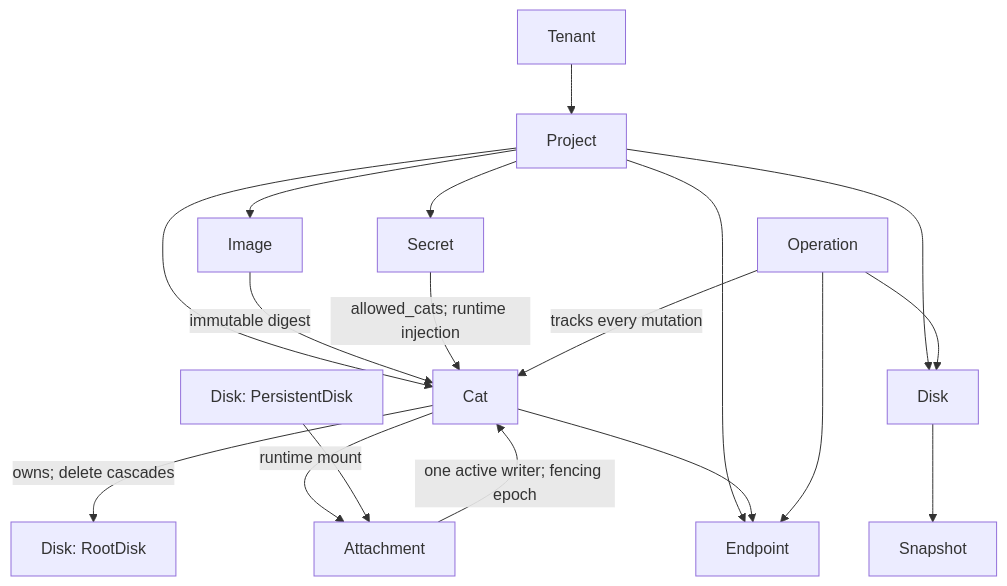
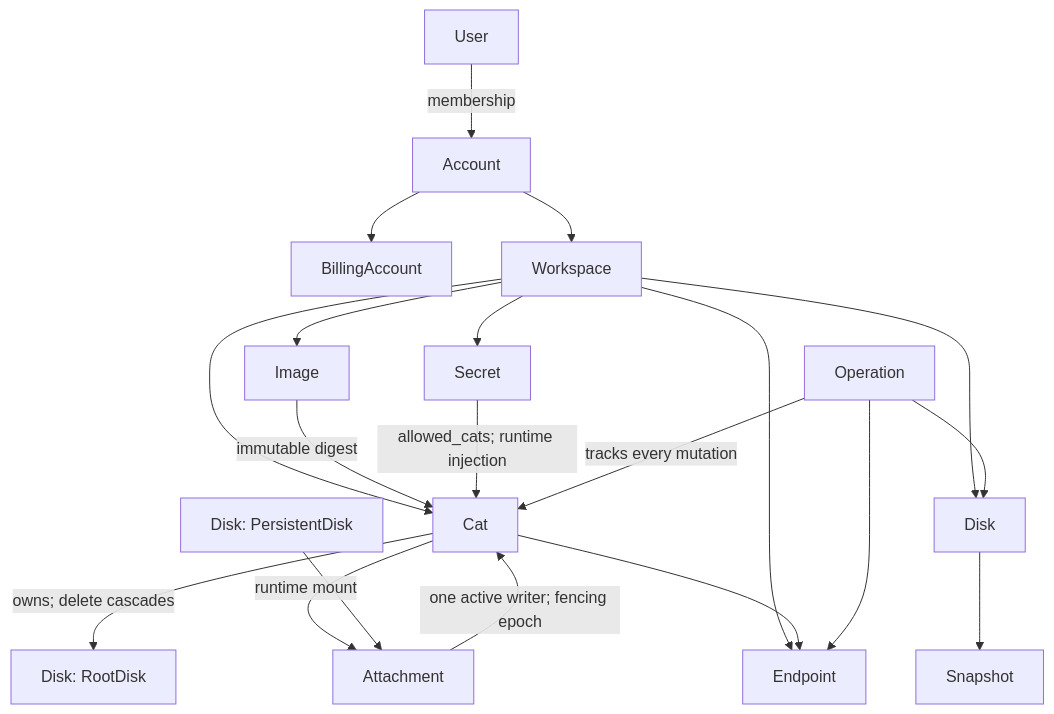
The first of 2 diagrams in docs/cats-complete-product-technical-architecture.md (ahuazhu/cats), drawn with Mermaid before and after one commit. The commit also changed other lines of this file and 46 other files, not shown here.

Commit message:
feat: make account and workspace identity authoritative

````diff
--- a/docs/cats-complete-product-technical-architecture.md
+++ b/docs/cats-complete-product-technical-architecture.md
@@ -118,21 +118,23 @@
 ```mermaid
 flowchart TD
-    Tenant --> Project
-    Project --> Cat
-    Project --> Disk
-    Project --> Endpoint
-    Project --> Image
-    Project --> Secret
+    User -->|membership| Account
+    Account --> BillingAccount
+    Account --> Workspace
+    Workspace --> Cat
+    Workspace --> Disk
+    Workspace --> Endpoint
+    Workspace --> Image
+    Workspace --> Secret
 
     Cat -->|owns; delete cascades| RootDisk["Disk: RootDisk"]
     Cat -->|runtime mount| Attachment
     PersistentDisk["Disk: PersistentDisk"] --> Attachment
     Attachment -->|one active writer; fencing epoch| Cat
     Cat --> Endpoint
     Image -->|immutable digest| Cat
     Secret -->|allowed_cats; runtime injection| Cat
     Disk --> Snapshot
     Operation -->|tracks every mutation| Cat
     Operation --> Disk
     Operation --> Endpoint
 ```
````
